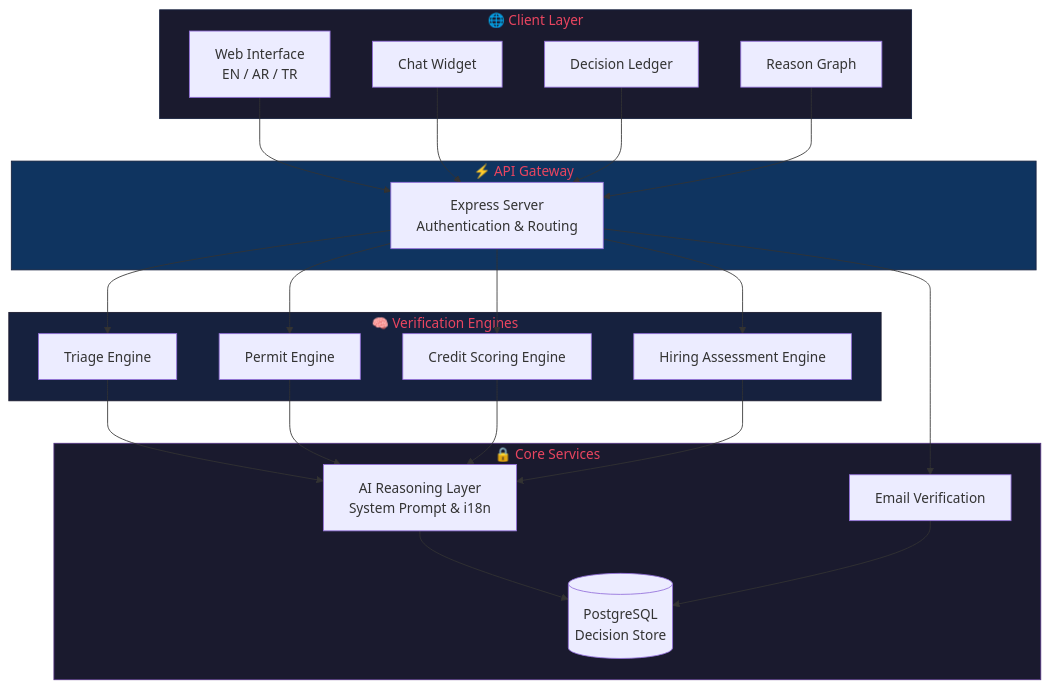
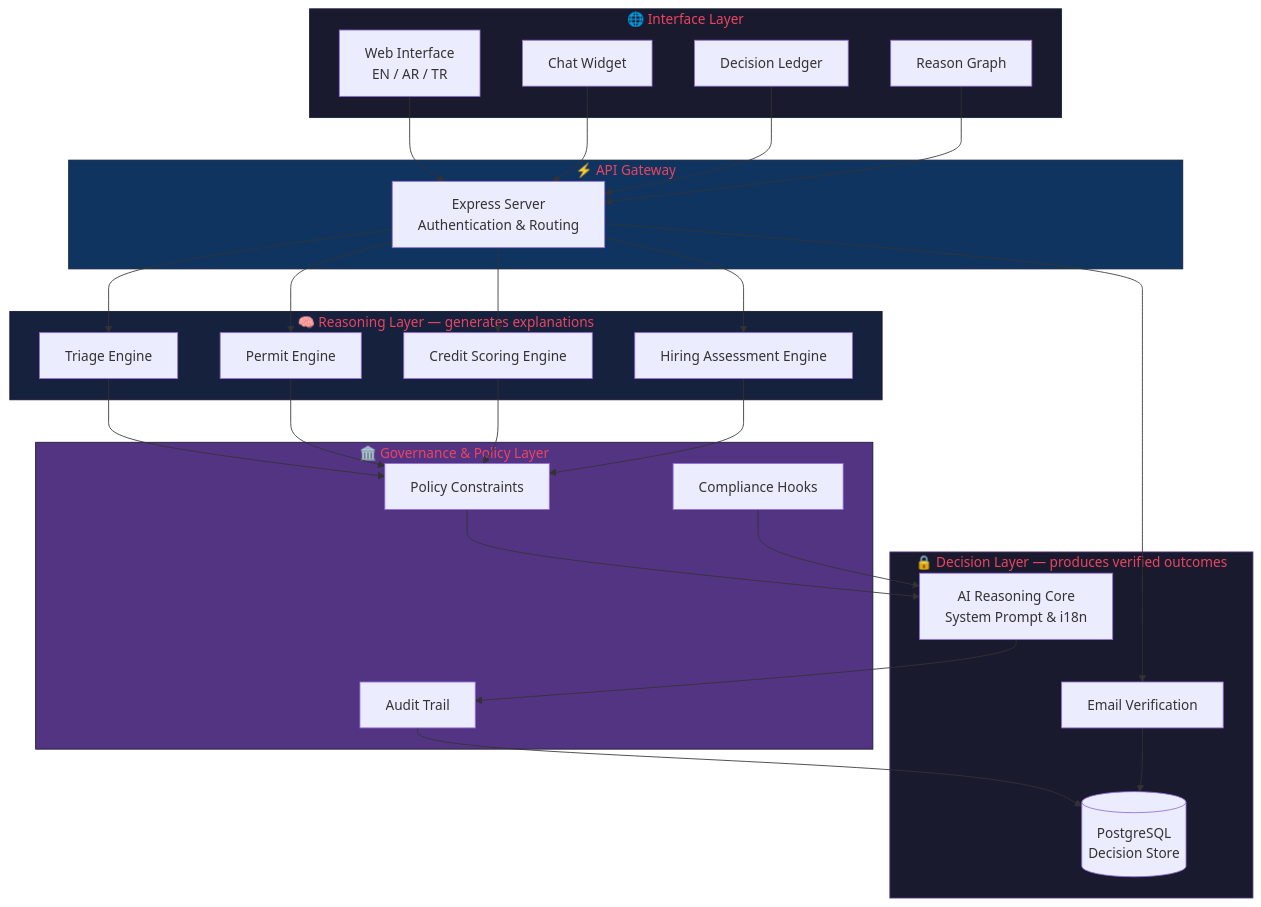
The diagram in README.md (oplogica/oplogica-platform), drawn with Mermaid before and after one commit. The commit also changed other lines of this file, not shown here.

Commit message:
Enhance architecture: add Governance layer, Reason/Decision boundary, and Legend

````diff
--- a/README.md
+++ b/README.md
@@ -9,47 +9,57 @@
 ```mermaid
 graph TB
-    subgraph Client["🌐 Client Layer"]
+    subgraph Client["🌐 Interface Layer"]
         UI[Web Interface<br/>EN / AR / TR]
         Chat[Chat Widget]
         Ledger[Decision Ledger]
         Graph[Reason Graph]
     end
 
     subgraph API["⚡ API Gateway"]
         Server[Express Server<br/>Authentication & Routing]
     end
 
-    subgraph Engines["🧠 Verification Engines"]
+    subgraph Engines["🧠 Reasoning Layer — generates explanations"]
         Triage[Triage Engine]
         Permit[Permit Engine]
         Credit[Credit Scoring Engine]
         Hiring[Hiring Assessment Engine]
     end
 
-    subgraph Core["🔒 Core Services"]
-        AI[AI Reasoning Layer<br/>System Prompt & i18n]
+    subgraph Governance["🏛️ Governance & Policy Layer"]
+        Policy[Policy Constraints]
+        Compliance[Compliance Hooks]
+        Audit[Audit Trail]
+    end
+
+    subgraph Core["🔒 Decision Layer — produces verified outcomes"]
+        AI[AI Reasoning Core<br/>System Prompt & i18n]
         Email[Email Verification]
         DB[(PostgreSQL<br/>Decision Store)]
     end
 
     UI --> Server
     Chat --> Server
     Ledger --> Server
     Graph --> Server
     Server --> Triage
     Server --> Permit
     Server --> Credit
     Server --> Hiring
-    Triage --> AI
-    Permit --> AI
-    Credit --> AI
-    Hiring --> AI
-    AI --> DB
+    Triage --> Policy
+    Permit --> Policy
+    Credit --> Policy
+    Hiring --> Policy
+    Policy --> AI
+    Compliance --> AI
+    AI --> Audit
+    Audit --> DB
     Server --> Email
     Email --> DB
 
     style Client fill:#1a1a2e,stroke:#16213e,color:#e94560
     style API fill:#0f3460,stroke:#16213e,color:#e94560
     style Engines fill:#16213e,stroke:#1a1a2e,color:#e94560
+    style Governance fill:#533483,stroke:#1a1a2e,color:#e94560
     style Core fill:#1a1a2e,stroke:#533483,color:#e94560
 ```
````
